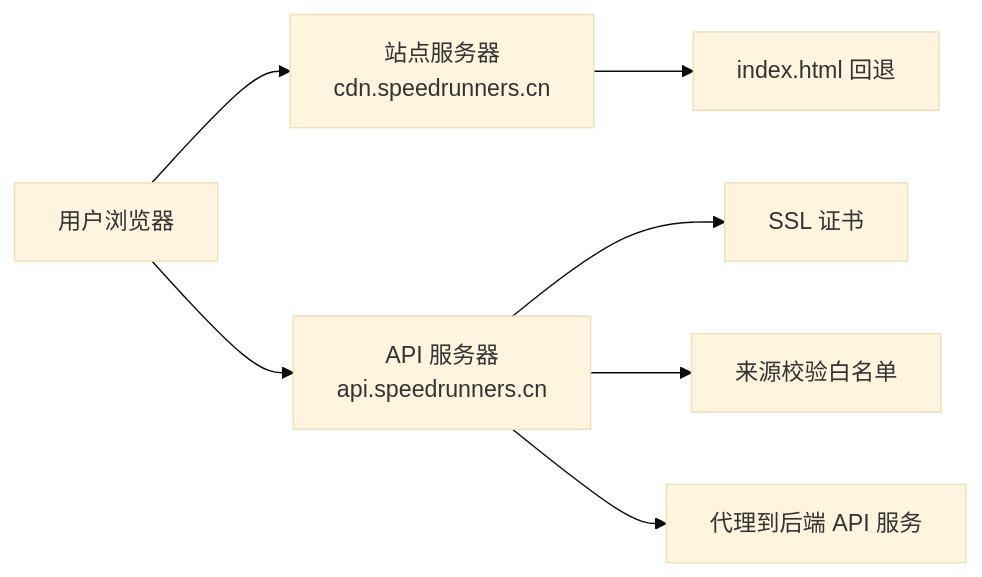
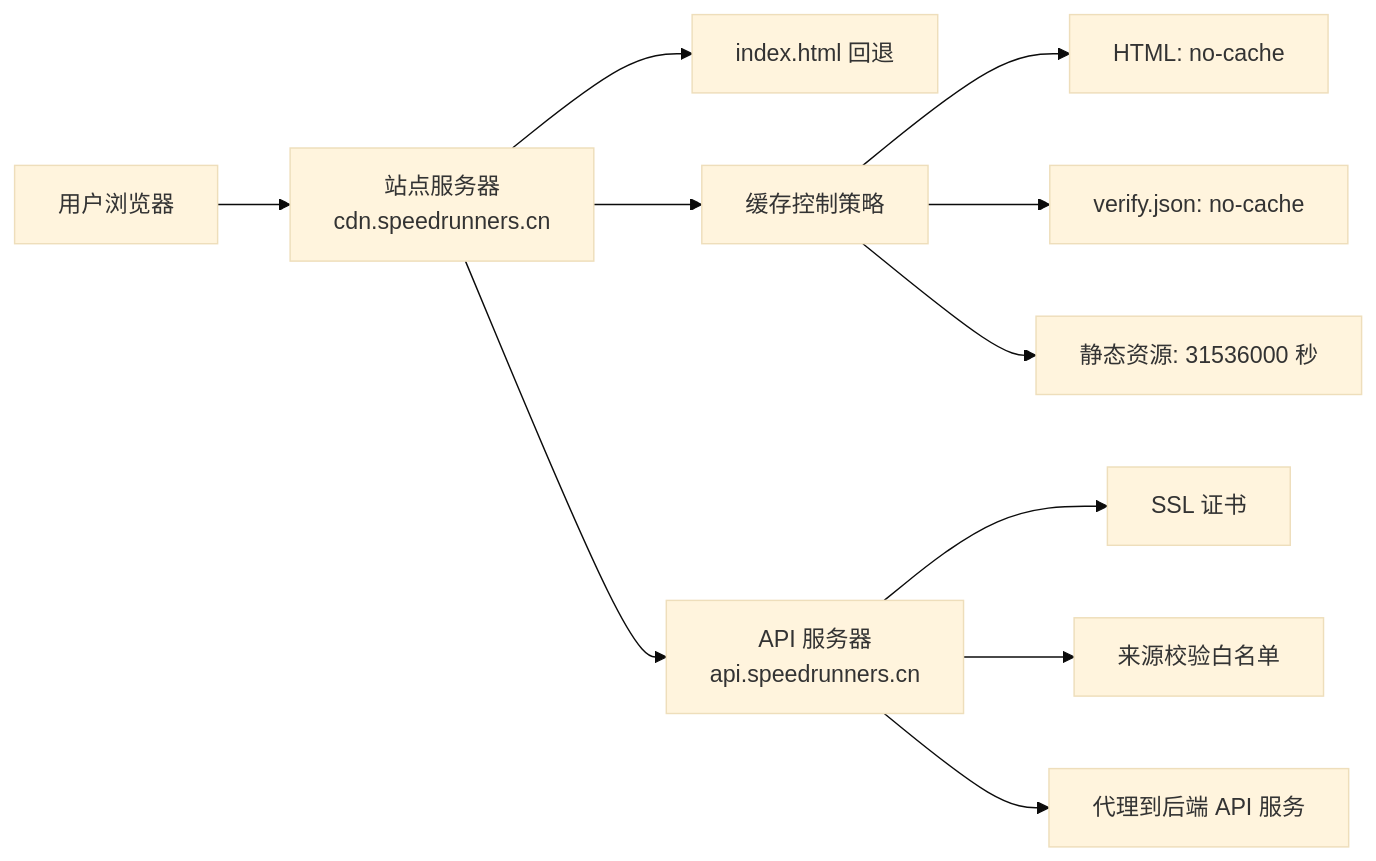
The sixth of 11 diagrams in .qoder/repowiki/zh/content/前端应用/构建部署/构建部署.md (TinyMaD/SpeedRunnersLab), drawn with Mermaid (base theme) before and after one commit. The commit also changed other lines of this file and 33 other files, not shown here.

````diff
--- a/.qoder/repowiki/zh/content/前端应用/构建部署/构建部署.md
+++ b/.qoder/repowiki/zh/content/前端应用/构建部署/构建部署.md
@@ -332,9 +348,13 @@
 ```mermaid
 graph LR
 U["用户浏览器"] --> CDN["站点服务器<br/>cdn.speedrunners.cn"]
 CDN --> IDX["index.html 回退"]
-U --> API["API 服务器<br/>api.speedrunners.cn"]
+CDN --> CACHE["缓存控制策略"]
+CACHE --> HTML["HTML: no-cache"]
+CACHE --> VERIFY["verify.json: no-cache"]
+CACHE --> STATIC["静态资源: 31536000 秒"]
+CDN --> API["API 服务器<br/>api.speedrunners.cn"]
 API --> CERT["SSL 证书"]
 API --> ORG["来源校验白名单"]
 API --> Proxy["代理到后端 API 服务"]
 ```
````
